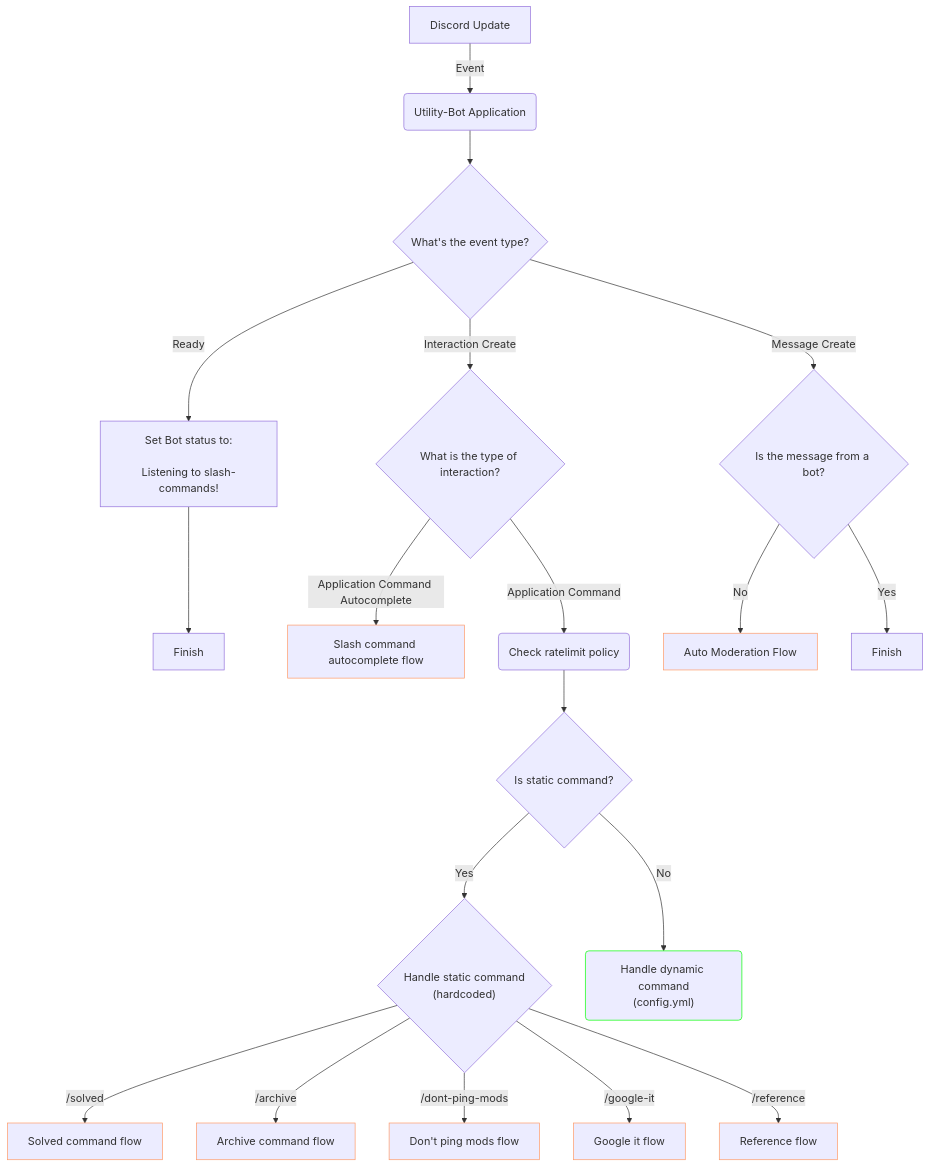
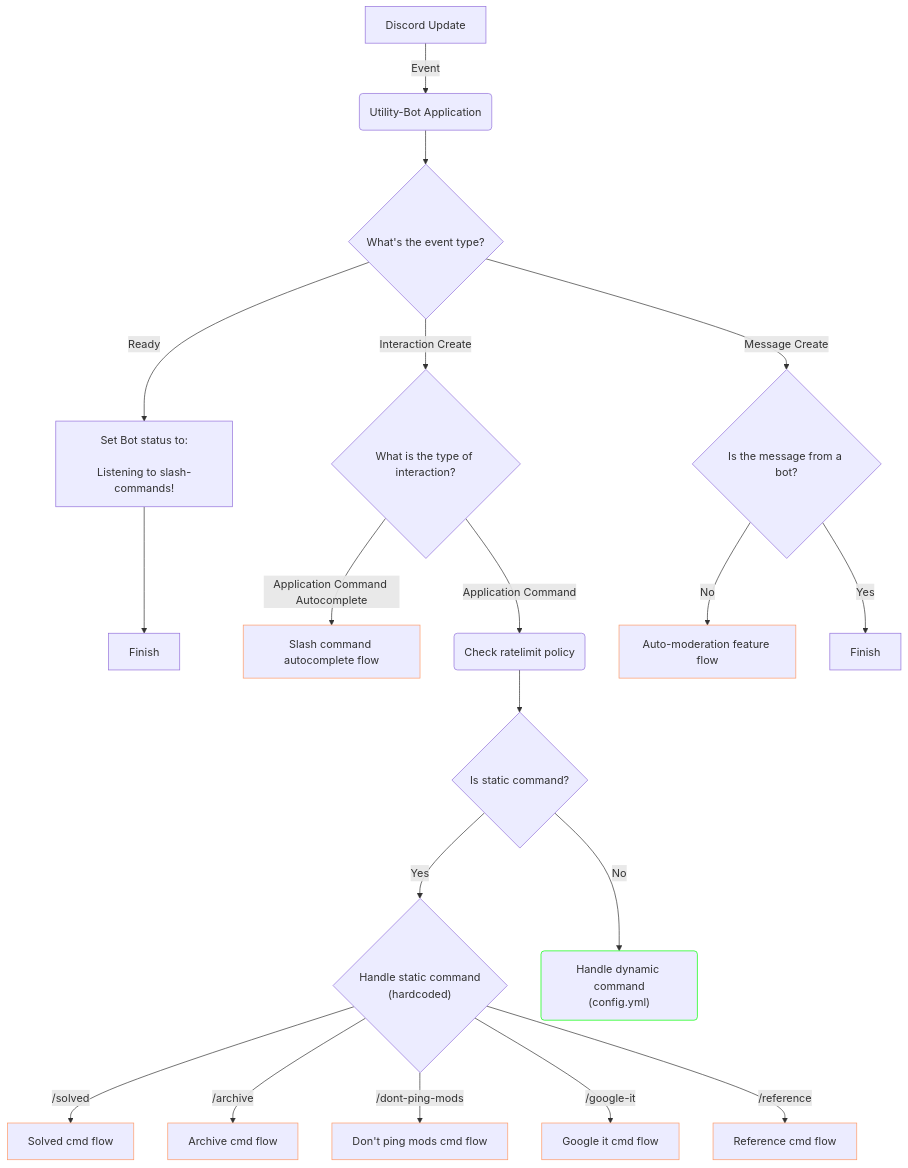
One commit to nestjs-discord/utility-bot changed the first of 2 diagrams in README.md. Above: the diagram before and after it, drawn with Mermaid. The commit also changed other lines of this file, not shown here.

Commit message:
docs(readme): added auto-mod feature flow

````diff
--- a/README.md
+++ b/README.md
@@ -58,31 +58,26 @@
 ```mermaid
 flowchart TD
-    classDef orange stroke:#f96
-    classDef green stroke:#0f0
-    
+%% classes
+    classDef orange stroke: #f96
+    classDef green stroke: #0f0
+%% start point
     discordUpdate["Discord Update"]
-    discordUpdate -->|"Event"| utilityBotApp("Utility-Bot Application")
+    discordUpdate -->|" Event "| utilityBotApp("Utility-Bot Application")
     utilityBotApp --> eventType{"What's the event type?"}
-    eventType -->|Ready| setStatus["Set Bot status to:\n\nListening to slash-commands!"]
+    eventType -->|" Ready "| setStatus["Set Bot status to:\n\nListening to slash-commands!"]
     setStatus --> finish["Finish"]
-    
-    eventType -->|Interaction Create| eventInteractionCreate{"What is the type of interaction?"}
-    eventInteractionCreate -->|Application Command Autocomplete| applicationCommandAutoComplete["Slash command autocomplete flow"]:::orange
-    eventInteractionCreate -->|Application Command| checkRateLimit("Check ratelimit policy")
-    
+    eventType -->|" Interaction Create "| eventInteractionCreate{"What is the type of interaction?"}
+    eventInteractionCreate -->|" Application Command Autocomplete "| applicationCommandAutoComplete["Slash command autocomplete flow"]:::orange
+    eventInteractionCreate -->|" Application Command "| checkRateLimit("Check ratelimit policy")
     checkRateLimit --> isStaticCommand{"Is static command?"}
-    
-    isStaticCommand -->|"Yes"| handleStaticCommand{"Handle static command\n(hardcoded)"}
-    handleStaticCommand -->|"/solved"| solvedCommandFlow["Solved command flow"]:::orange
-    handleStaticCommand -->|"/archive"| archiveCommandFlow["Archive command flow"]:::orange
-    handleStaticCommand -->|"/dont-ping-mods"| dontPingModsFlow["Don't ping mods flow"]:::orange
-    handleStaticCommand -->|"/google-it"| googleItFlow["Google it flow"]:::orange
-    handleStaticCommand -->|"/reference"| referenceFlow["Reference flow"]:::orange
-
-    
-    isStaticCommand -->|"No"| handleDynamicCommand("Handle dynamic command\n(config.yml)"):::green
-
+    isStaticCommand -->|" Yes "| handleStaticCommand{"Handle static command\n(hardcoded)"}
+    handleStaticCommand -->|" /solved "| solvedCommandFlow["Solved cmd flow"]:::orange
+    handleStaticCommand -->|" /archive "| archiveCommandFlow["Archive cmd flow"]:::orange
+    handleStaticCommand -->|" /dont-ping-mods "| dontPingModsFlow["Don't ping mods cmd flow"]:::orange
+    handleStaticCommand -->|" /google-it "| googleItFlow["Google it cmd flow"]:::orange
+    handleStaticCommand -->|" /reference "| referenceFlow["Reference cmd flow"]:::orange
+    isStaticCommand -->|" No "| handleDynamicCommand("Handle dynamic command\n(config.yml)"):::green
     eventType -->|Message Create| isBotMessage{"Is the message from a bot?"}
-    isBotMessage -->|No| AutoModFlow["Auto Moderation Flow"]:::orange
-    isBotMessage -->|Yes| Finish["Finish"]
+    isBotMessage -->|" No "| AutoModFlow["Auto-moderation feature flow"]:::orange
+    isBotMessage -->|" Yes "| Finish["Finish"]
 ```
````
